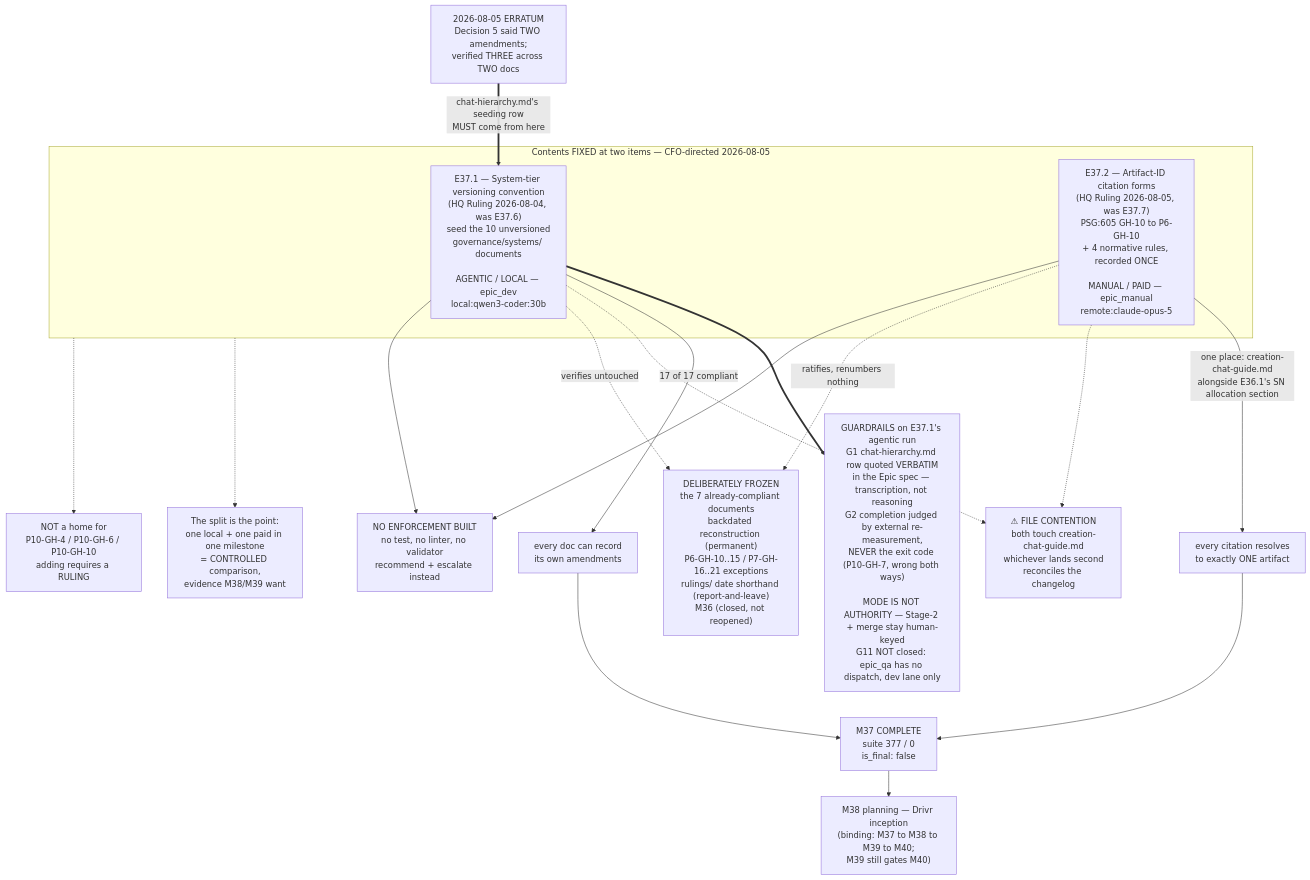
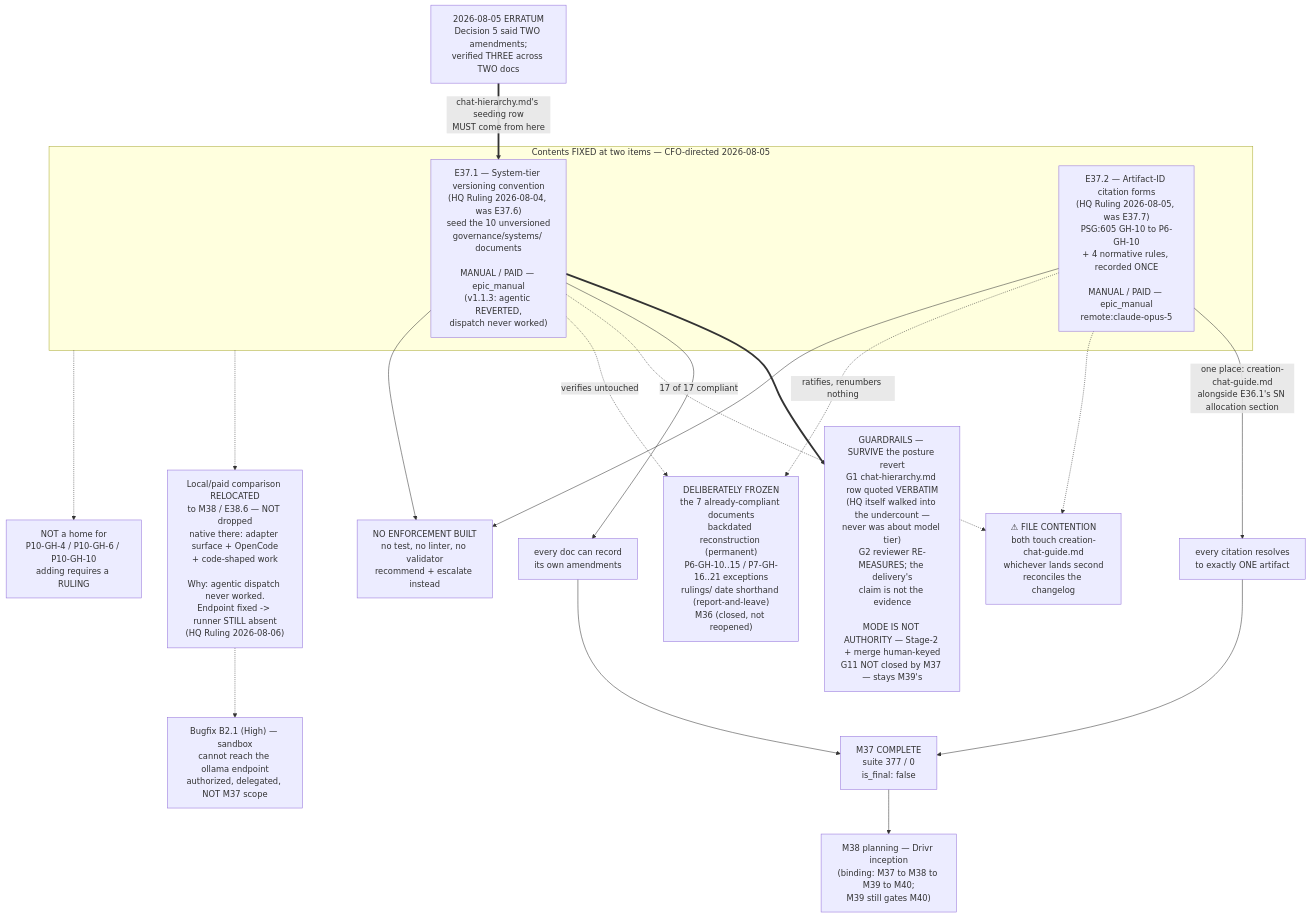
The diagram in docs/phases/P11__Drivr_Coordination_Over_Rented_Execution/P11-M37__milestone-spec.md (panchew/ai-project-system), drawn with Mermaid before and after one commit. The commit also changed other lines of this file, not shown here.

````diff
--- a/docs/phases/P11__Drivr_Coordination_Over_Rented_Execution/P11-M37__milestone-spec.md
+++ b/docs/phases/P11__Drivr_Coordination_Over_Rented_Execution/P11-M37__milestone-spec.md
@@ -776,38 +825,40 @@
 ```mermaid
 flowchart TB
     subgraph FIXED["Contents FIXED at two items — CFO-directed 2026-08-05"]
-        E1["E37.1 — System-tier versioning convention<br/>(HQ Ruling 2026-08-04, was E37.6)<br/>seed the 10 unversioned<br/>governance/systems/ documents<br/><br/>AGENTIC / LOCAL — epic_dev<br/>local:qwen3-coder:30b"]
+        E1["E37.1 — System-tier versioning convention<br/>(HQ Ruling 2026-08-04, was E37.6)<br/>seed the 10 unversioned<br/>governance/systems/ documents<br/><br/>MANUAL / PAID — epic_manual<br/>(v1.1.3: agentic REVERTED,<br/>dispatch never worked)"]
         E2["E37.2 — Artifact-ID citation forms<br/>(HQ Ruling 2026-08-05, was E37.7)<br/>PSG:605 GH-10 to P6-GH-10<br/>+ 4 normative rules, recorded ONCE<br/><br/>MANUAL / PAID — epic_manual<br/>remote:claude-opus-5"]
     end
 
-    GUARD["GUARDRAILS on E37.1's agentic run<br/>G1 chat-hierarchy.md row quoted VERBATIM<br/>in the Epic spec — transcription, not reasoning<br/>G2 completion judged by external re-measurement,<br/>NEVER the exit code (P10-GH-7, wrong both ways)<br/><br/>MODE IS NOT AUTHORITY — Stage-2 + merge stay human-keyed<br/>G11 NOT closed: epic_qa has no dispatch, dev lane only"]
+    GUARD["GUARDRAILS — SURVIVE the posture revert<br/>G1 chat-hierarchy.md row quoted VERBATIM<br/>(HQ itself walked into the undercount —<br/>never was about model tier)<br/>G2 reviewer RE-MEASURES; the delivery's<br/>claim is not the evidence<br/><br/>MODE IS NOT AUTHORITY — Stage-2 + merge human-keyed<br/>G11 NOT closed by M37 — stays M39's"]
     E1 ==> GUARD
 
-    SPLIT["The split is the point:<br/>one local + one paid in one milestone<br/>= CONTROLLED comparison,<br/>evidence M38/M39 want"]
-    FIXED -.-> SPLIT
+    MOVED["Local/paid comparison RELOCATED<br/>to M38 / E38.6 — NOT dropped<br/>native there: adapter surface + OpenCode<br/>+ code-shaped work<br/><br/>Why: agentic dispatch never worked.<br/>Endpoint fixed -> runner STILL absent<br/>(HQ Ruling 2026-08-06)"]
+    FIXED -.-> MOVED
+    B21["Bugfix B2.1 (High) — sandbox<br/>cannot reach the ollama endpoint<br/>authorized, delegated, NOT M37 scope"]
+    MOVED -.-> B21
 
     ERR["2026-08-05 ERRATUM<br/>Decision 5 said TWO amendments;<br/>verified THREE across TWO docs"]
     ERR ==>|"chat-hierarchy.md's seeding row<br/>MUST come from here"| E1
 
     E1 -->|"17 of 17 compliant"| OK1["every doc can record<br/>its own amendments"]
     E2 -->|"one place: creation-chat-guide.md<br/>alongside E36.1's SN allocation section"| OK2["every citation resolves<br/>to exactly ONE artifact"]
 
     CONT["⚠ FILE CONTENTION<br/>both touch creation-chat-guide.md<br/>whichever lands second<br/>reconciles the changelog"]
     E1 -.-> CONT
     E2 -.-> CONT
 
     FROZEN["DELIBERATELY FROZEN<br/>the 7 already-compliant documents<br/>backdated reconstruction (permanent)<br/>P6-GH-10..15 / P7-GH-16..21 exceptions<br/>rulings/ date shorthand (report-and-leave)<br/>M36 (closed, not reopened)"]
     E1 -.verifies untouched.-> FROZEN
     E2 -.ratifies, renumbers nothing.-> FROZEN
 
     NOENF["NO ENFORCEMENT BUILT<br/>no test, no linter, no validator<br/>recommend + escalate instead"]
     E1 --> NOENF
     E2 --> NOENF
 
     FENCE["NOT a home for<br/>P10-GH-4 / P10-GH-6 / P10-GH-10<br/>adding requires a RULING"]
     FIXED -.-> FENCE
 
     OK1 --> DONE["M37 COMPLETE<br/>suite 377 / 0<br/>is_final: false"]
     OK2 --> DONE
     DONE --> M38["M38 planning — Drivr inception<br/>(binding: M37 to M38 to M39 to M40;<br/>M39 still gates M40)"]
 ```
````
